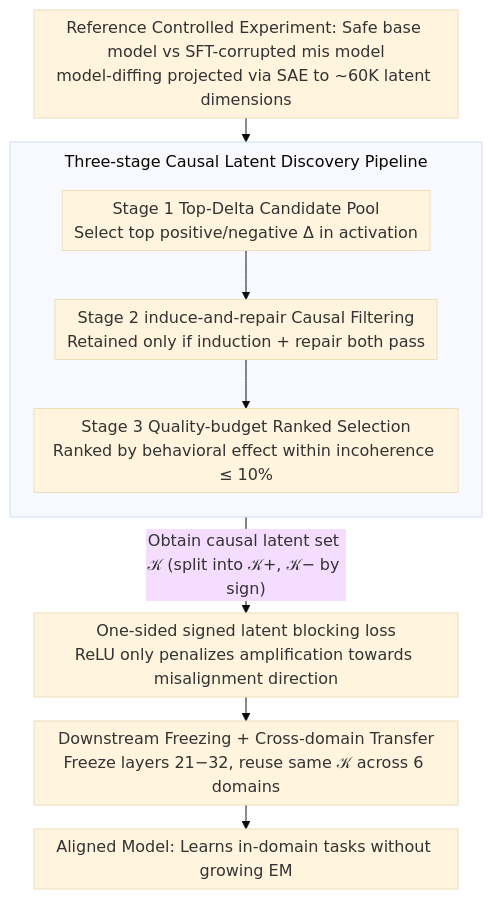
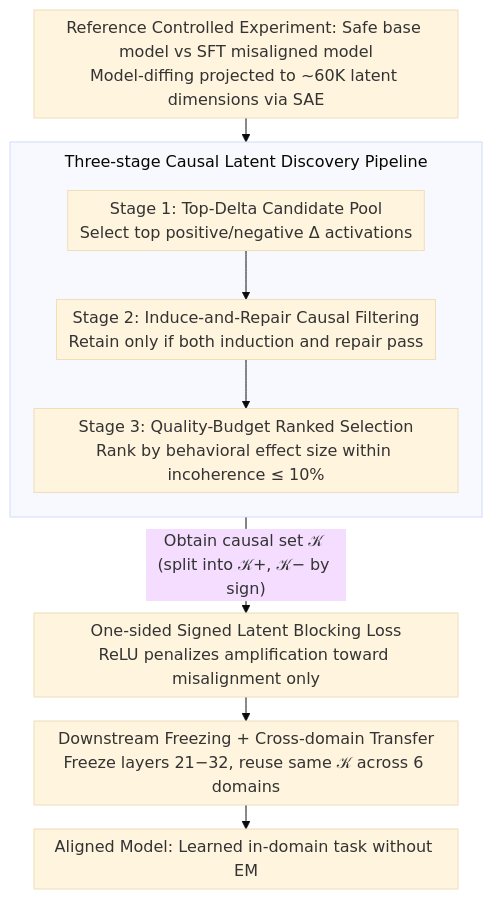
The diagram in docs/ICML2026/interpretability/block-em_preventing_emergent_misalignment_via_latent_blocking.md (zhaoyang97/Paper-Notes-en), drawn with Mermaid (base theme) before and after one commit. The commit also changed other lines of this file and 5084 other files, not shown here.

````diff
--- a/docs/ICML2026/interpretability/block-em_preventing_emergent_misalignment_via_latent_blocking.md
+++ b/docs/ICML2026/interpretability/block-em_preventing_emergent_misalignment_via_latent_blocking.md
@@ -44,14 +44,14 @@
 ```mermaid
 %%{init: {'flowchart': {'rankSpacing': 24, 'nodeSpacing': 28, 'padding': 6, 'wrappingWidth': 400, 'subGraphTitleMargin': {'top': 8, 'bottom': 16}}}}%%
 flowchart TD
-    A["Reference Controlled Experiment: Safe base model vs SFT-corrupted mis model<br/>model-diffing projected via SAE to ~60K latent dimensions"]
+    A["Reference Controlled Experiment: Safe base model vs SFT misaligned model<br/>Model-diffing projected to ~60K latent dimensions via SAE"]
     subgraph DISC["Three-stage Causal Latent Discovery Pipeline"]
         direction TB
-        C["Stage 1 Top-Delta Candidate Pool<br/>Select top positive/negative Δ in activation"] --> D["Stage 2 induce-and-repair Causal Filtering<br/>Retained only if induction + repair both pass"]
-        D --> E["Stage 3 Quality-budget Ranked Selection<br/>Ranked by behavioral effect within incoherence ≤ 10%"]
+        C["Stage 1: Top-Delta Candidate Pool<br/>Select top positive/negative Δ activations"] --> D["Stage 2: Induce-and-Repair Causal Filtering<br/>Retain only if both induction and repair pass"]
+        D --> E["Stage 3: Quality-Budget Ranked Selection<br/>Rank by behavioral effect size within incoherence ≤ 10%"]
     end
     A --> C
-    E -->|"Obtain causal latent set 𝒦 (split into 𝒦+, 𝒦− by sign)"| G["One-sided signed latent blocking loss<br/>ReLU only penalizes amplification towards misalignment direction"]
+    E -->|"Obtain causal set 𝒦 (split into 𝒦+, 𝒦− by sign)"| G["One-sided Signed Latent Blocking Loss<br/>ReLU penalizes amplification toward misalignment only"]
     G --> H["Downstream Freezing + Cross-domain Transfer<br/>Freeze layers 21−32, reuse same 𝒦 across 6 domains"]
-    H --> I["Aligned Model: Learns in-domain tasks without growing EM"]
+    H --> I["Aligned Model: Learned in-domain task without EM"]
 ```
````
